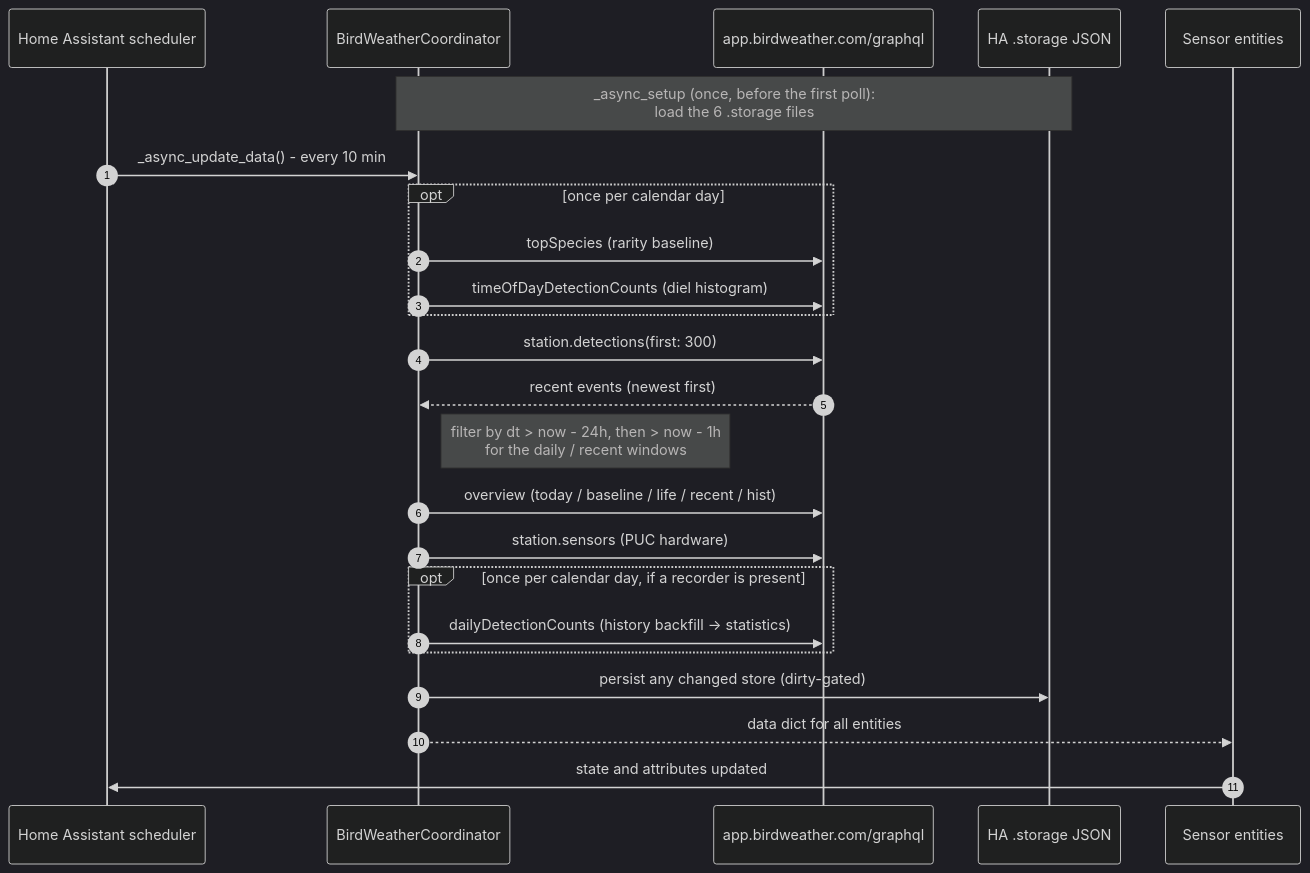
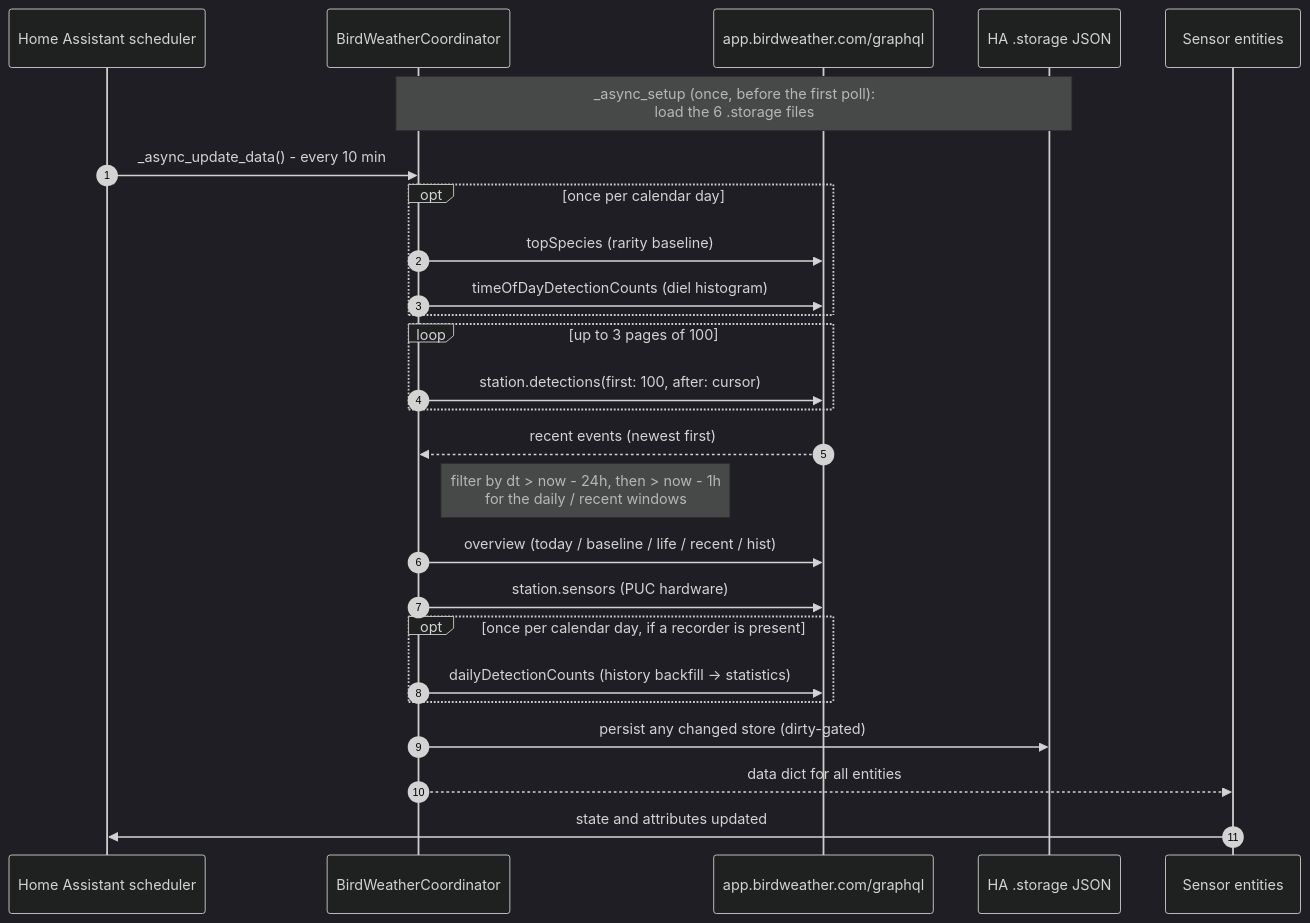
One commit to eklundjon/ha-birdweather changed the diagram in docs/api.md. Above: the diagram before and after it, drawn with Mermaid (dark theme). The commit also changed other lines of this file and 2 other files, not shown here.

First line of the commit message:
fix: page detection fetches past the API's 100-per-request cap

````diff
--- a/docs/api.md
+++ b/docs/api.md
@@ -46,32 +46,34 @@
 ```mermaid
 sequenceDiagram
     autonumber
     participant HA as Home Assistant scheduler
     participant Coord as BirdWeatherCoordinator
     participant API as app.birdweather.com/graphql
     participant Store as HA .storage JSON
     participant Sensors as Sensor entities
 
     Note over Coord,Store: _async_setup (once, before the first poll):<br/>load the 6 .storage files
     HA->>Coord: _async_update_data() - every 10 min
 
     opt once per calendar day
         Coord->>API: topSpecies (rarity baseline)
         Coord->>API: timeOfDayDetectionCounts (diel histogram)
     end
 
-    Coord->>API: station.detections(first: 300)
+    loop up to 3 pages of 100
+        Coord->>API: station.detections(first: 100, after: cursor)
+    end
     API-->>Coord: recent events (newest first)
     Note right of Coord: filter by dt > now - 24h, then > now - 1h<br/>for the daily / recent windows
 
     Coord->>API: overview (today / baseline / life / recent / hist)
     Coord->>API: station.sensors (PUC hardware)
 
     opt once per calendar day, if a recorder is present
         Coord->>API: dailyDetectionCounts (history backfill -> statistics)
     end
 
     Coord->>Store: persist any changed store (dirty-gated)
     Coord-->>Sensors: data dict for all entities
     Sensors->>HA: state and attributes updated
 ```
````
